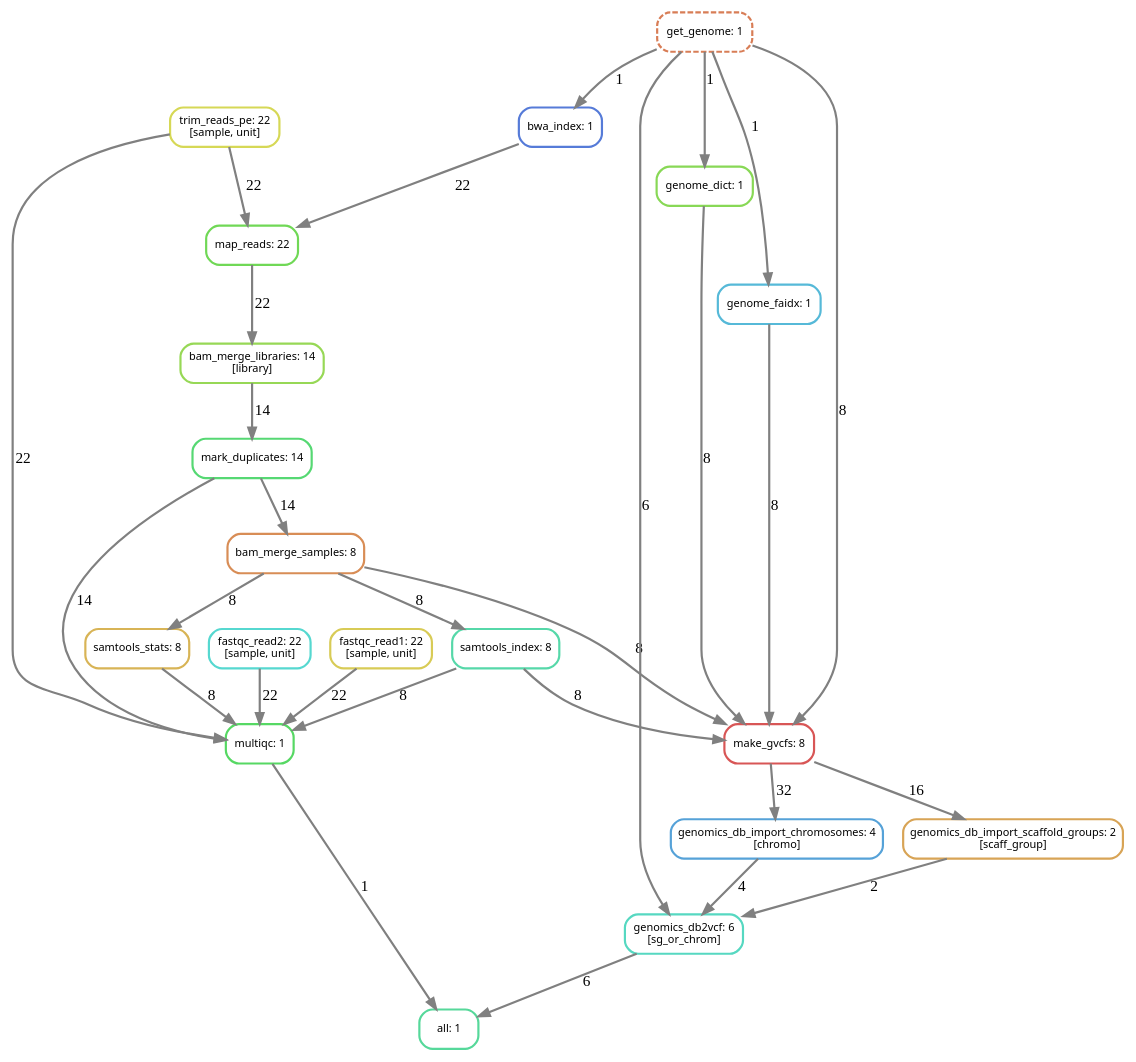
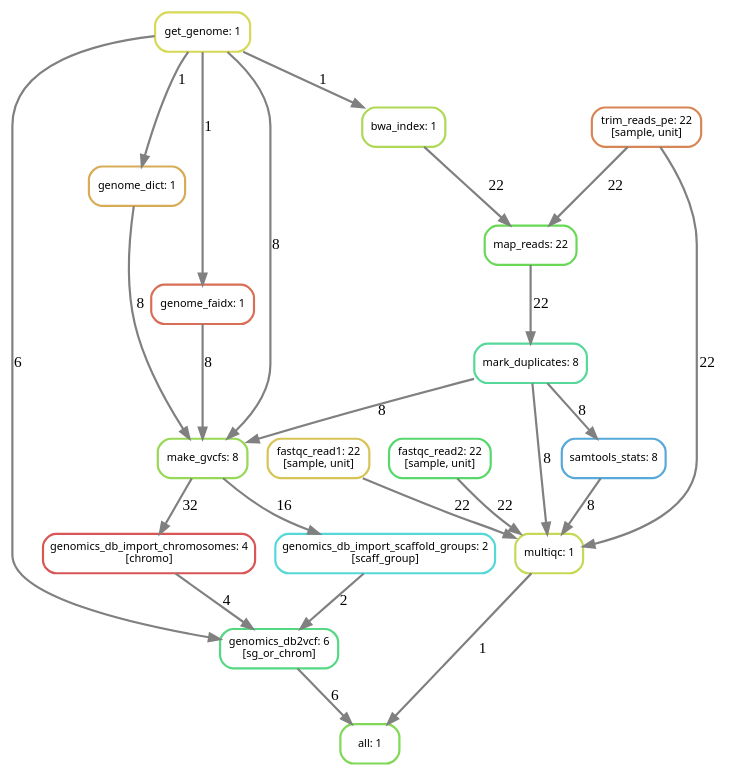
The diagram in figure-creation/non-model-wgs-workflow-dags/full-dag.dot (ambuvjyn/eca-bioinf-handbook), drawn with Graphviz before and after one commit. The commit also changed 52 other files, not shown here.

```diff
--- a/figure-creation/non-model-wgs-workflow-dags/full-dag.dot
+++ b/figure-creation/non-model-wgs-workflow-dags/full-dag.dot
@@ -1,52 +1,44 @@
 digraph snakemake_dag {
     graph[bgcolor=white, margin=0];
     node[shape=box, style=rounded, fontname=sans,                 fontsize=10, penwidth=2];
     edge[penwidth=2, color=grey];
-    1[label = "bam_merge_libraries: 14\n[library]", color = "0.25 0.6 0.85", style="rounded"];
-    2[label = "bam_merge_samples: 8", color = "0.07 0.6 0.85", style="rounded"];
-    3[label = "bwa_index: 1", color = "0.62 0.6 0.85", style="rounded"];
-    4[label = "fastqc_read1: 22\n[sample, unit]", color = "0.15 0.6 0.85", style="rounded"];
-    5[label = "fastqc_read2: 22\n[sample, unit]", color = "0.49 0.6 0.85", style="rounded"];
-    6[label = "genome_dict: 1", color = "0.27 0.6 0.85", style="rounded"];
-    7[label = "genome_faidx: 1", color = "0.54 0.6 0.85", style="rounded"];
-    8[label = "genomics_db_import_chromosomes: 4\n[chromo]", color = "0.57 0.6 0.85", style="rounded"];
-    9[label = "genomics_db_import_scaffold_groups: 2\n[scaff_group]", color = "0.10 0.6 0.85", style="rounded"];
-    10[label = "genomics_db2vcf: 6\n[sg_or_chrom]", color = "0.47 0.6 0.85", style="rounded"];
-    11[label = "get_genome: 1", color = "0.05 0.6 0.85", style="rounded,dashed"];
-    12[label = "make_gvcfs: 8", color = "0.00 0.6 0.85", style="rounded"];
-    13[label = "map_reads: 22", color = "0.30 0.6 0.85", style="rounded"];
-    14[label = "mark_duplicates: 14", color = "0.37 0.6 0.85", style="rounded"];
-    15[label = "multiqc: 1", color = "0.35 0.6 0.85", style="rounded"];
-    16[label = "samtools_index: 8", color = "0.44 0.6 0.85", style="rounded"];
-    17[label = "samtools_stats: 8", color = "0.12 0.6 0.85", style="rounded"];
-    18[label = "trim_reads_pe: 22\n[sample, unit]", color = "0.17 0.6 0.85", fontcolor="black", style="rounded"];
-    19[label = "all: 1", color = "0.42 0.6 0.85", style="rounded"];
-    1 -> 14 [label = "14"];
-    2 -> 12 [label = "8"];
-    2 -> 16 [label = "8"];
-    2 -> 17 [label = "8"];
+    1[label = "bwa_index: 1", color = "0.22 0.6 0.85", style="rounded"];
+    2[label = "fastqc_read1: 22\n[sample, unit]", color = "0.14 0.6 0.85", style="rounded"];
+    3[label = "fastqc_read2: 22\n[sample, unit]", color = "0.36 0.6 0.85", style="rounded"];
+    4[label = "genome_dict: 1", color = "0.11 0.6 0.85", style="rounded"];
+    5[label = "genome_faidx: 1", color = "0.03 0.6 0.85", style="rounded"];
+    6[label = "genomics_db_import_chromosomes: 4\n[chromo]", color = "0.00 0.6 0.85", style="rounded"];
+    7[label = "genomics_db_import_scaffold_groups: 2\n[scaff_group]", color = "0.50 0.6 0.85", style="rounded"];
+    8[label = "genomics_db2vcf: 6\n[sg_or_chrom]", color = "0.39 0.6 0.85", style="rounded"];
+    9[label = "get_genome: 1", color = "0.17 0.6 0.85", style="rounded"];
+    10[label = "make_gvcfs: 8", color = "0.25 0.6 0.85", style="rounded"];
+    11[label = "map_reads: 22", color = "0.31 0.6 0.85", style="rounded"];
+    12[label = "mark_duplicates: 8", color = "0.42 0.6 0.85", style="rounded"];
+    13[label = "multiqc: 1", color = "0.19 0.6 0.85", style="rounded"];
+    14[label = "samtools_stats: 8", color = "0.56 0.6 0.85", style="rounded"];
+    15[label = "trim_reads_pe: 22\n[sample, unit]", color = "0.06 0.6 0.85", style="rounded"];
+    16[label = "all: 1", color = "0.28 0.6 0.85", style="rounded"];
+    1 -> 11 [label = "22"];
+    2 -> 13 [label = "22"];
     3 -> 13 [label = "22"];
-    4 -> 15 [label = "22"];
-    5 -> 15 [label = "22"];
-    6 -> 12 [label = "8"];
-    7 -> 12 [label = "8"];
-    8 -> 10 [label = "4"];
-    9 -> 10 [label = "2"];
-    10 -> 19 [label = "6"];
-    11 -> 3 [label = "1"];
-    11 -> 6 [label = "1"];
-    11 -> 7 [label = "1"];
-    11 -> 10 [label = "6"];
-    11 -> 12 [label = "8"];
-    12 -> 8 [label = "32"];
-    12 -> 9 [label = "16"];
-    13 -> 1 [label = "22"];
-    14 -> 2 [label = "14"];
-    14 -> 15 [label = "14"];
-    15 -> 19 [label = "1"];
-    16 -> 12 [label = "8"];
-    16 -> 15 [label = "8"];
-    17 -> 15 [label = "8"];
-    18 -> 13 [label = "22"];
-    18 -> 15 [label = "22"];
+    4 -> 10 [label = "8"];
+    5 -> 10 [label = "8"];
+    6 -> 8 [label = "4"];
+    7 -> 8 [label = "2"];
+    8 -> 16 [label = "6"];
+    9 -> 1 [label = "1"];
+    9 -> 4 [label = "1"];
+    9 -> 5 [label = "1"];
+    9 -> 8 [label = "6"];
+    9 -> 10 [label = "8"];
+    10 -> 6 [label = "32"];
+    10 -> 7 [label = "16"];
+    11 -> 12 [label = "22"];
+    12 -> 10 [label = "8"];
+    12 -> 13 [label = "8"];
+    12 -> 14 [label = "8"];
+    13 -> 16 [label = "1"];
+    14 -> 13 [label = "8"];
+    15 -> 11 [label = "22"];
+    15 -> 13 [label = "22"];
 }
```
